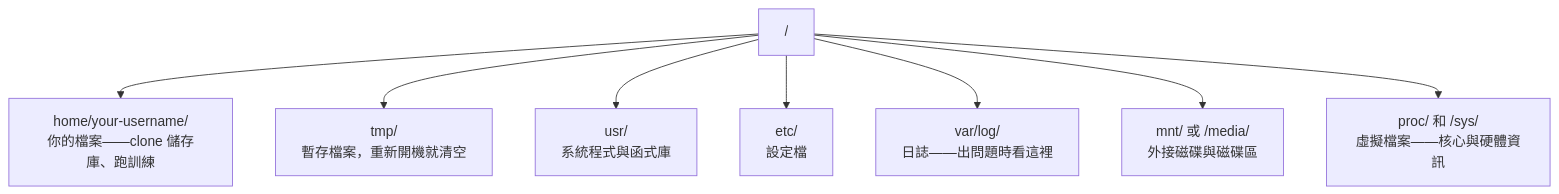
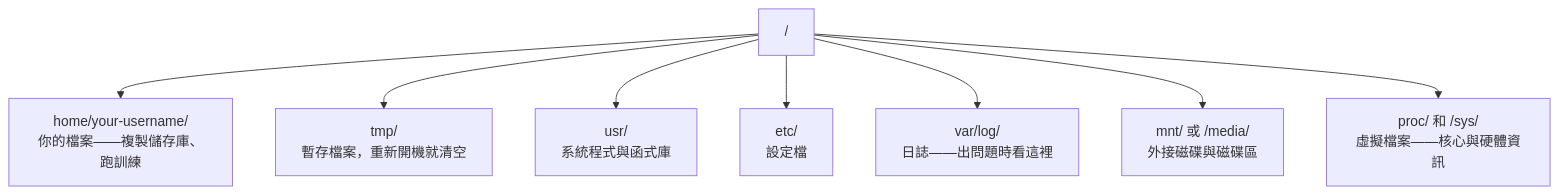
The diagram in i18n/zh-TW/phases/00-setup-and-tooling/11-linux-for-ai/docs/zh-TW.md (edward821220/ai-engineering-from-scratch), drawn with Mermaid before and after one commit. The commit also changed other lines of this file and 123 other files, not shown here.

````diff
--- a/i18n/zh-TW/phases/00-setup-and-tooling/11-linux-for-ai/docs/zh-TW.md
+++ b/i18n/zh-TW/phases/00-setup-and-tooling/11-linux-for-ai/docs/zh-TW.md
@@ -27,10 +27,10 @@
 ```mermaid
 graph TD
-    root["/"] --> home["home/your-username/<br/>你的檔案——clone 儲存庫、跑訓練"]
+    root["/"] --> home["home/your-username/<br/>你的檔案——複製儲存庫、跑訓練"]
     root --> tmp["tmp/<br/>暫存檔案，重新開機就清空"]
     root --> usr["usr/<br/>系統程式與函式庫"]
     root --> etc["etc/<br/>設定檔"]
     root --> varlog["var/log/<br/>日誌——出問題時看這裡"]
     root --> mnt["mnt/ 或 /media/<br/>外接磁碟與磁碟區"]
     root --> proc["proc/ 和 /sys/<br/>虛擬檔案——核心與硬體資訊"]
 ```
````
